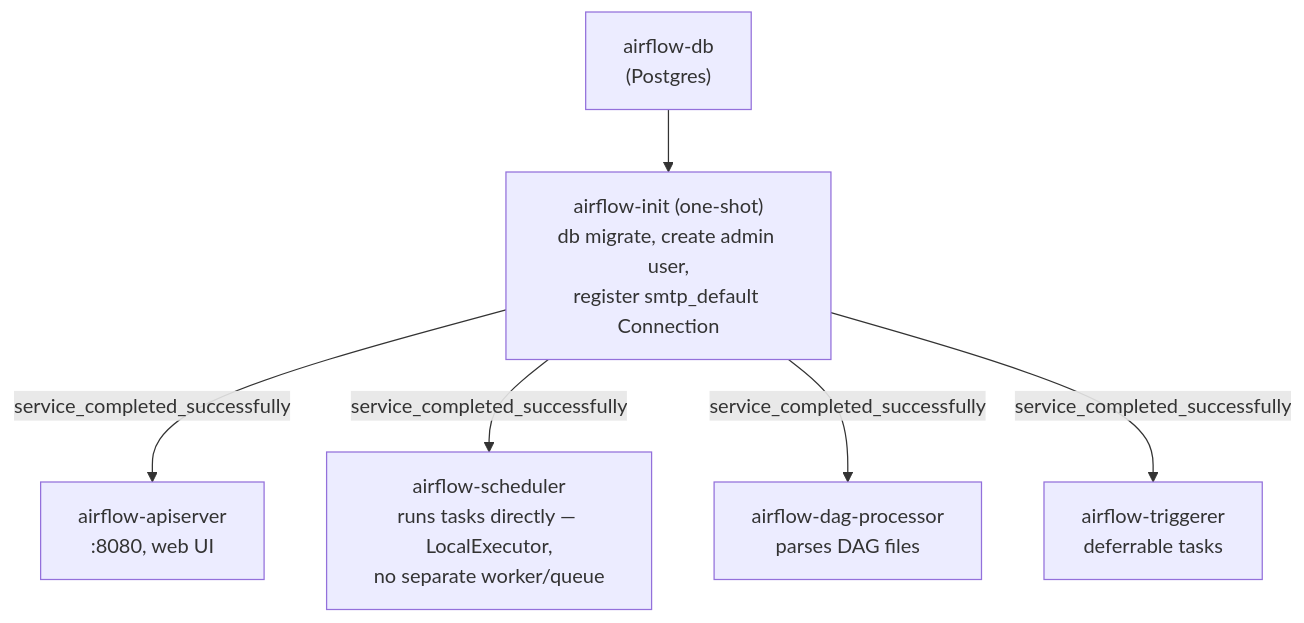
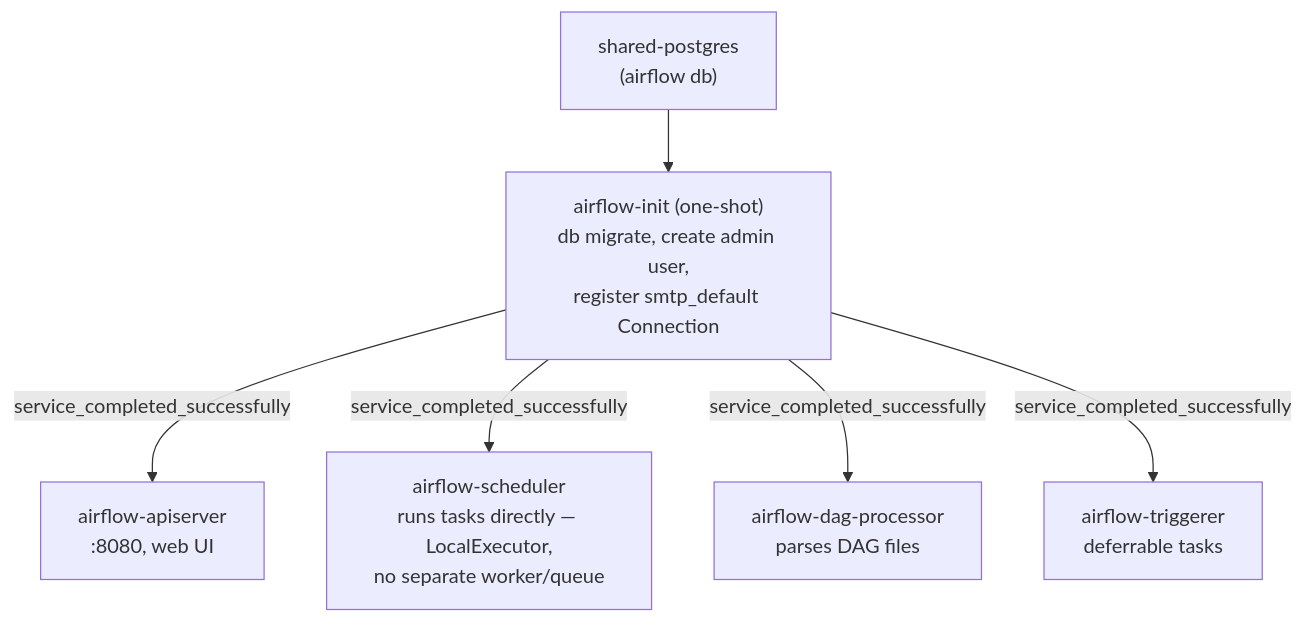
One commit to rajubhimani/homeserver changed the diagram in docs/services/airflow/airflow.md. Above: the diagram before and after it, drawn with Mermaid. The commit also changed other lines of this file and 74 other files, not shown here.

````diff
--- a/docs/services/airflow/airflow.md
+++ b/docs/services/airflow/airflow.md
@@ -34,8 +37,8 @@
 ```mermaid
 flowchart TD
-    DB["airflow-db<br/>(Postgres)"] --> Init["airflow-init (one-shot)<br/>db migrate, create admin user,<br/>register smtp_default Connection"]
+    DB["shared-postgres<br/>(airflow db)"] --> Init["airflow-init (one-shot)<br/>db migrate, create admin user,<br/>register smtp_default Connection"]
     Init -->|service_completed_successfully| API["airflow-apiserver<br/>:8080, web UI"]
     Init -->|service_completed_successfully| Sched["airflow-scheduler<br/>runs tasks directly — LocalExecutor,<br/>no separate worker/queue"]
     Init -->|service_completed_successfully| DP["airflow-dag-processor<br/>parses DAG files"]
     Init -->|service_completed_successfully| Trig["airflow-triggerer<br/>deferrable tasks"]
 ```
````
